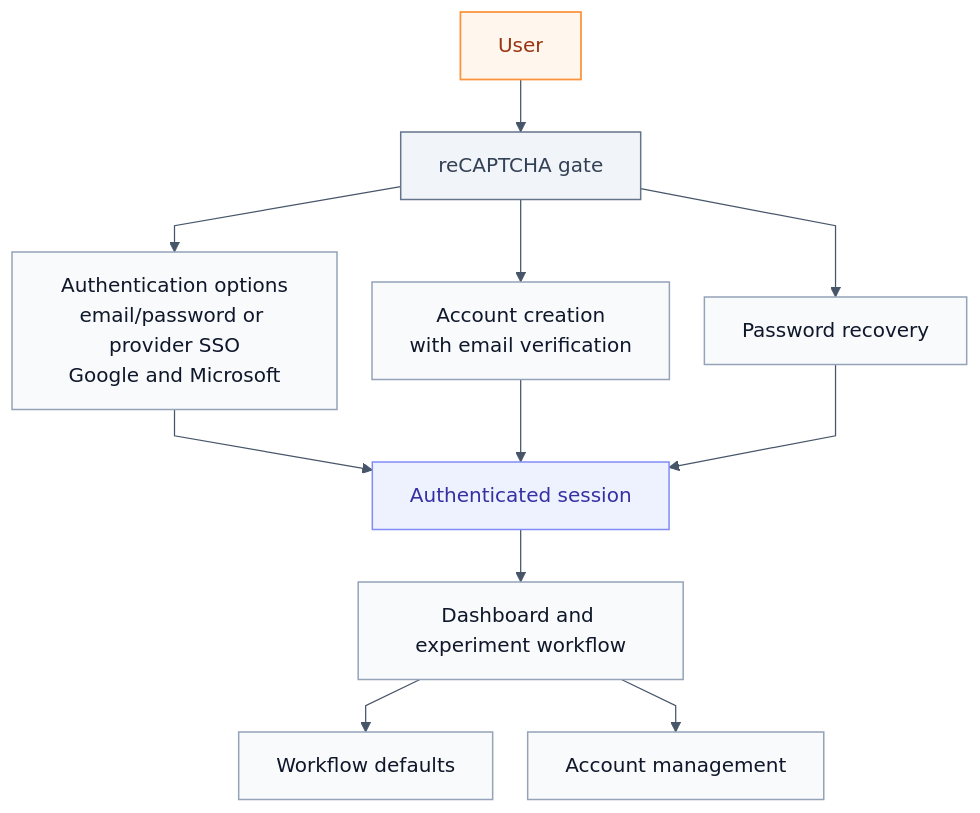
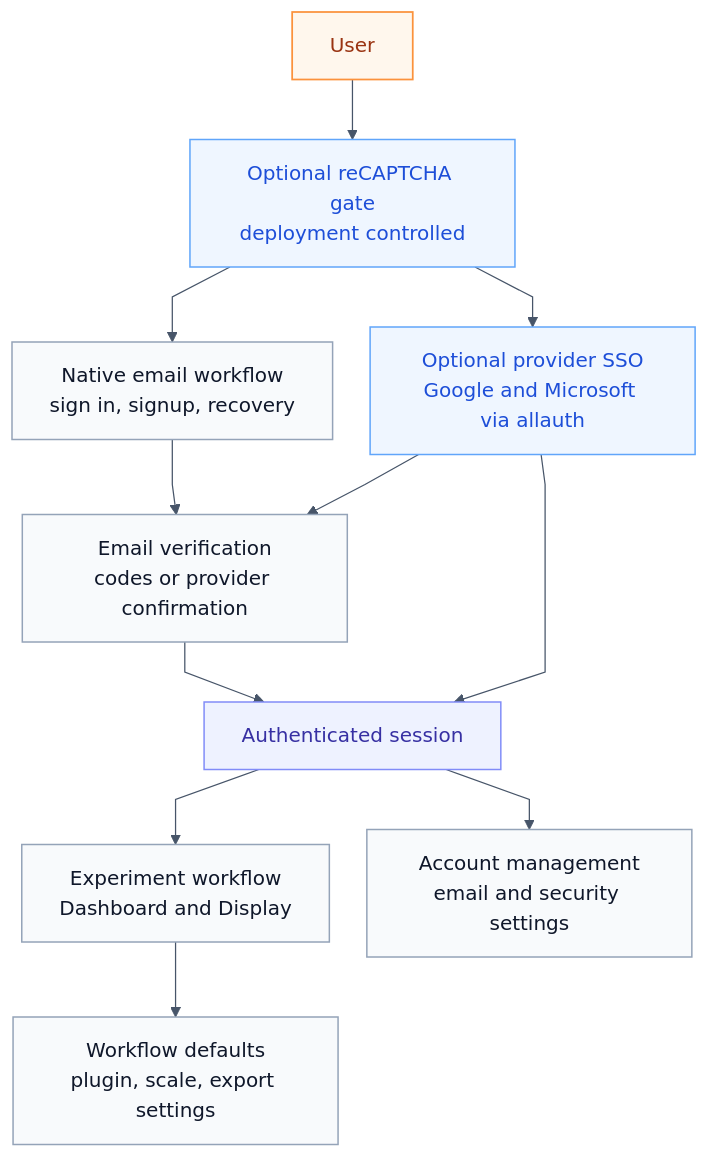
The diagram in docs/diagrams/14-authentication-account-flow.mmd (BrentLagesse/CytoCV), drawn with Mermaid before and after one commit. The commit also changed other lines of this file and 44 other files, not shown here.

```diff
--- a/docs/diagrams/14-authentication-account-flow.mmd
+++ b/docs/diagrams/14-authentication-account-flow.mmd
@@ -1,32 +1,31 @@
-%%{init: {"theme":"base","themeVariables":{"background":"#ffffff","primaryColor":"#f8fafc","primaryBorderColor":"#94a3b8","primaryTextColor":"#0f172a","secondaryColor":"#eff6ff","tertiaryColor":"#eef2ff","lineColor":"#475569","fontFamily":"Helvetica","fontSize":"16px","clusterBorder":"#cbd5e1","clusterBkg":"#ffffff"},"flowchart":{"htmlLabels":true,"curve":"linear","nodeSpacing":28,"rankSpacing":42}}}%%
+%%{init: {"theme":"base","themeVariables":{"background":"#ffffff","primaryColor":"#f8fafc","primaryBorderColor":"#94a3b8","primaryTextColor":"#0f172a","secondaryColor":"#eff6ff","tertiaryColor":"#eef2ff","lineColor":"#475569","fontFamily":"Arial","fontSize":"16px","clusterBorder":"#cbd5e1","clusterBkg":"#ffffff"},"flowchart":{"htmlLabels":true,"curve":"linear","nodeSpacing":30,"rankSpacing":48}}}%%
 flowchart TD
     classDef actor fill:#fff7ed,stroke:#fb923c,color:#9a3412,stroke-width:1.4px;
     classDef process fill:#f8fafc,stroke:#94a3b8,color:#0f172a,stroke-width:1.2px;
+    classDef optional fill:#eff6ff,stroke:#60a5fa,color:#1d4ed8,stroke-width:1.2px;
     classDef output fill:#eef2ff,stroke:#818cf8,color:#3730a3,stroke-width:1.2px;
-    classDef control fill:#f1f5f9,stroke:#64748b,color:#334155,stroke-width:1.2px;
 
     visitor[User]
-    gate[reCAPTCHA gate]
-    auth[Authentication options<br/>email/password or provider SSO<br/>Google and Microsoft]
-    signup[Account creation<br/>with email verification]
-    recovery[Password recovery]
-    session[Authenticated session]
-    dashboard[Dashboard and experiment workflow]
-    prefs[Workflow defaults]
-    settings[Account management]
+    gate["Optional reCAPTCHA gate<br/>deployment controlled"]
+    native["Native email workflow<br/>sign in, signup, recovery"]
+    providers["Optional provider SSO<br/>Google and Microsoft via allauth"]
+    verify["Email verification<br/>codes or provider confirmation"]
+    session["Authenticated session"]
+    workflow["Experiment workflow<br/>Dashboard and Display"]
+    prefs["Workflow defaults<br/>plugin, scale, export settings"]
+    account["Account management<br/>email and security settings"]
 
     visitor --> gate
-    gate --> auth
-    gate --> signup
-    gate --> recovery
-    auth --> session
-    signup --> session
-    recovery --> session
-    session --> dashboard
-    dashboard --> prefs
-    dashboard --> settings
+    gate --> native
+    gate --> providers
+    native --> verify --> session
+    providers --> verify
+    providers --> session
+    session --> workflow
+    workflow --> prefs
+    session --> account
 
     class visitor actor
-    class gate control
-    class auth,signup,recovery,dashboard,prefs,settings process
+    class gate,providers optional
+    class native,verify,workflow,prefs,account process
     class session output
```
